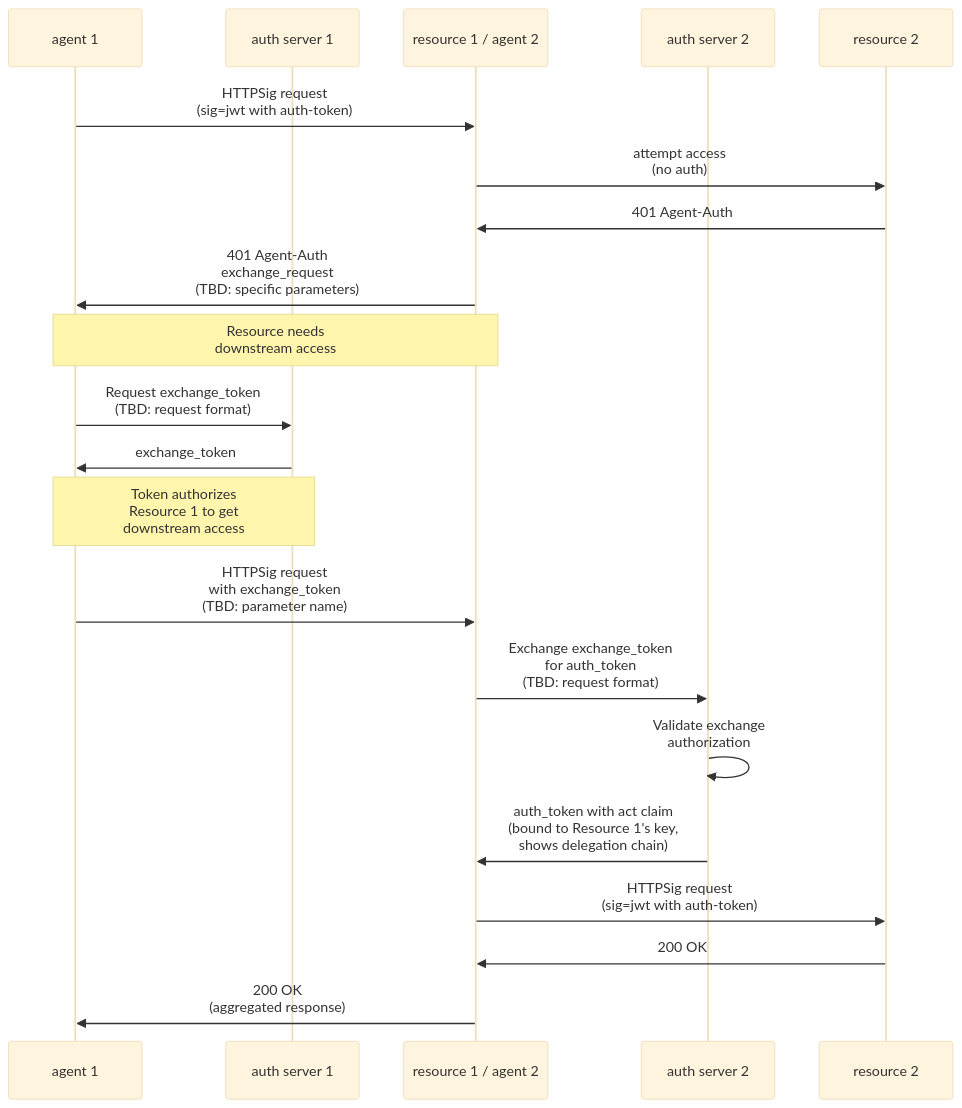
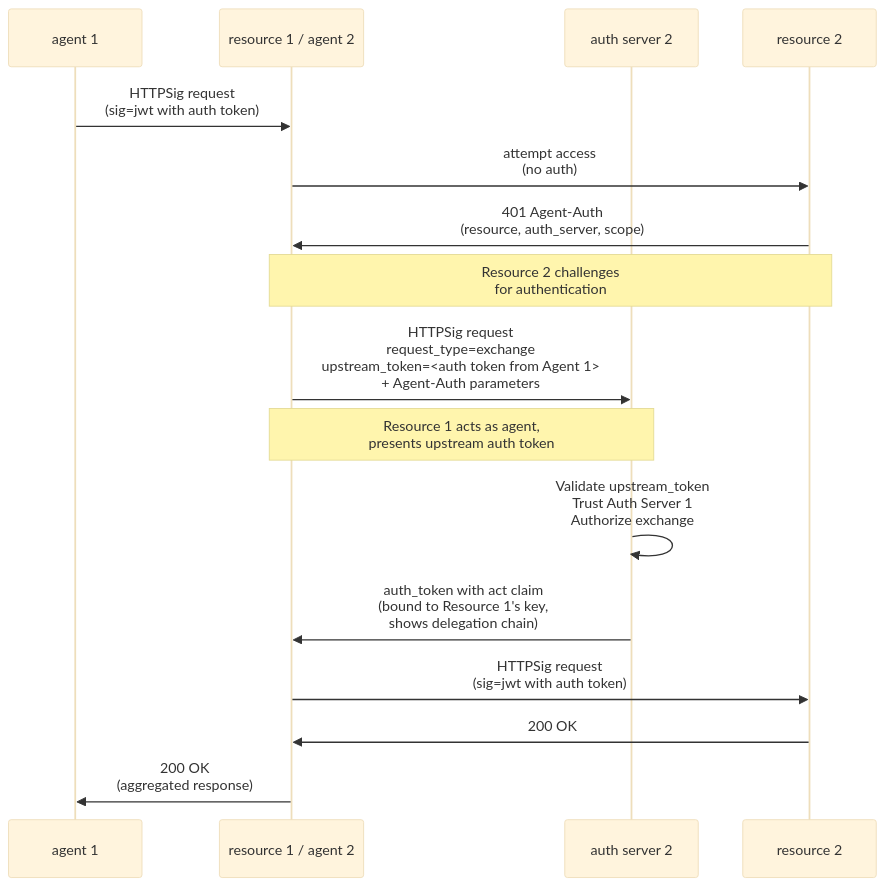
Before and after one commit to dickhardt/agent-auth: the eighth of 9 diagrams in README.md, drawn with Mermaid (base theme). The commit also changed other lines of this file, not shown here.

First line of the commit message:
Simplify token exchange with upstream_token approach

````diff
--- a/README.md
+++ b/README.md
@@ -338,30 +334,24 @@
 ```mermaid
 sequenceDiagram
     participant Agent1 as agent 1
-    participant Auth1 as auth server 1
     participant Resource1 as resource 1 / agent 2
     participant Auth2 as auth server 2
     participant Resource2 as resource 2
 
-    Agent1->>Resource1: HTTPSig request<br/>(sig=jwt with auth-token)
+    Agent1->>Resource1: HTTPSig request<br/>(sig=jwt with auth token)
+
     Resource1->>Resource2: attempt access<br/>(no auth)
-    Resource2->>Resource1: 401 Agent-Auth
+    Resource2->>Resource1: 401 Agent-Auth<br/>(resource, auth_server, scope)
+    Note over Resource1,Resource2: Resource 2 challenges<br/>for authentication
 
-    Resource1->>Agent1: 401 Agent-Auth<br/>exchange_request<br/>(TBD: specific parameters)
-    Note over Resource1,Agent1: Resource needs<br/>downstream access
+    Resource1->>Auth2: HTTPSig request<br/>request_type=exchange<br/>upstream_token=<auth token from Agent 1><br/>+ Agent-Auth parameters
+    Note over Resource1,Auth2: Resource 1 acts as agent,<br/>presents upstream auth token
 
-    Agent1->>Auth1: Request exchange_token<br/>(TBD: request format)
-    Auth1->>Agent1: exchange_token
-    Note over Auth1,Agent1: Token authorizes<br/>Resource 1 to get<br/>downstream access
-
-    Agent1->>Resource1: HTTPSig request<br/>with exchange_token<br/>(TBD: parameter name)
-
-    Resource1->>Auth2: Exchange exchange_token<br/>for auth_token<br/>(TBD: request format)
-    Auth2->>Auth2: Validate exchange<br/>authorization
+    Auth2->>Auth2: Validate upstream_token<br/>Trust Auth Server 1<br/>Authorize exchange
     Auth2->>Resource1: auth_token with act claim<br/>(bound to Resource 1's key,<br/>shows delegation chain)
 
-    Resource1->>Resource2: HTTPSig request<br/>(sig=jwt with auth-token)
+    Resource1->>Resource2: HTTPSig request<br/>(sig=jwt with auth token)
     Resource2->>Resource1: 200 OK
 
     Resource1->>Agent1: 200 OK<br/>(aggregated response)
 ```
````
